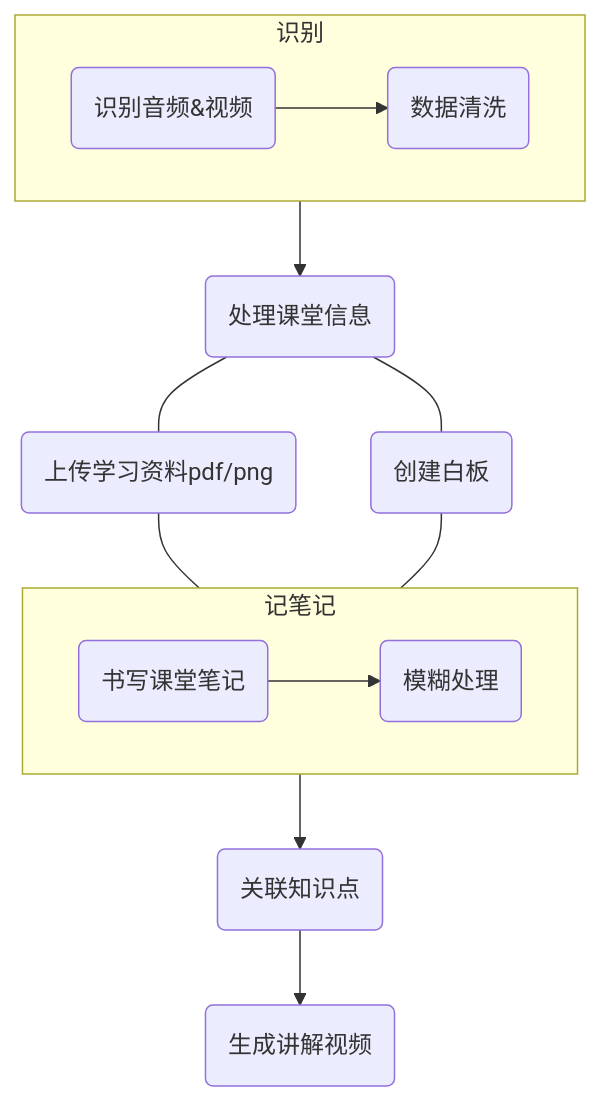
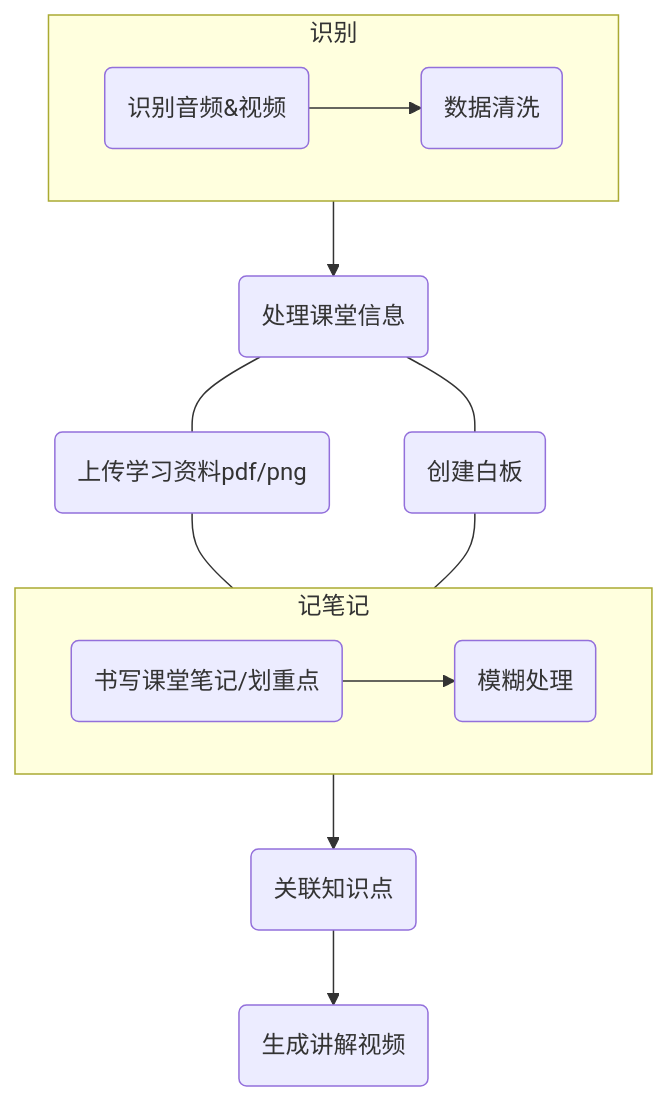
Before and after one commit to Charlie929-dot/charlie_vault: the diagram in AIGC/AIGC竞赛2.0.md, drawn with Mermaid. The commit also changed other lines of this file, not shown here.

Commit message:
vault backup: 2026-04-06 21:50:04

````diff
--- a/AIGC/AIGC竞赛2.0.md
+++ b/AIGC/AIGC竞赛2.0.md
@@ -12,14 +12,14 @@
 ```mermaid
 flowchart TD
 	subgraph A["识别"]
 	direction LR
 	A1("识别音频&视频")-->A2("数据清洗")
 	end
 	subgraph C["记笔记"]
 	direction LR
-	C1("书写课堂笔记")-->C2("模糊处理")
+	C1("书写课堂笔记/划重点")-->C2("模糊处理")
 	end
 	A-->B("处理课堂信息")---P("上传学习资料pdf/png")---C-->D("关联知识点")-->E("生成讲解视频")
 	B---Q("创建白板")---C
 	
 ```
````
